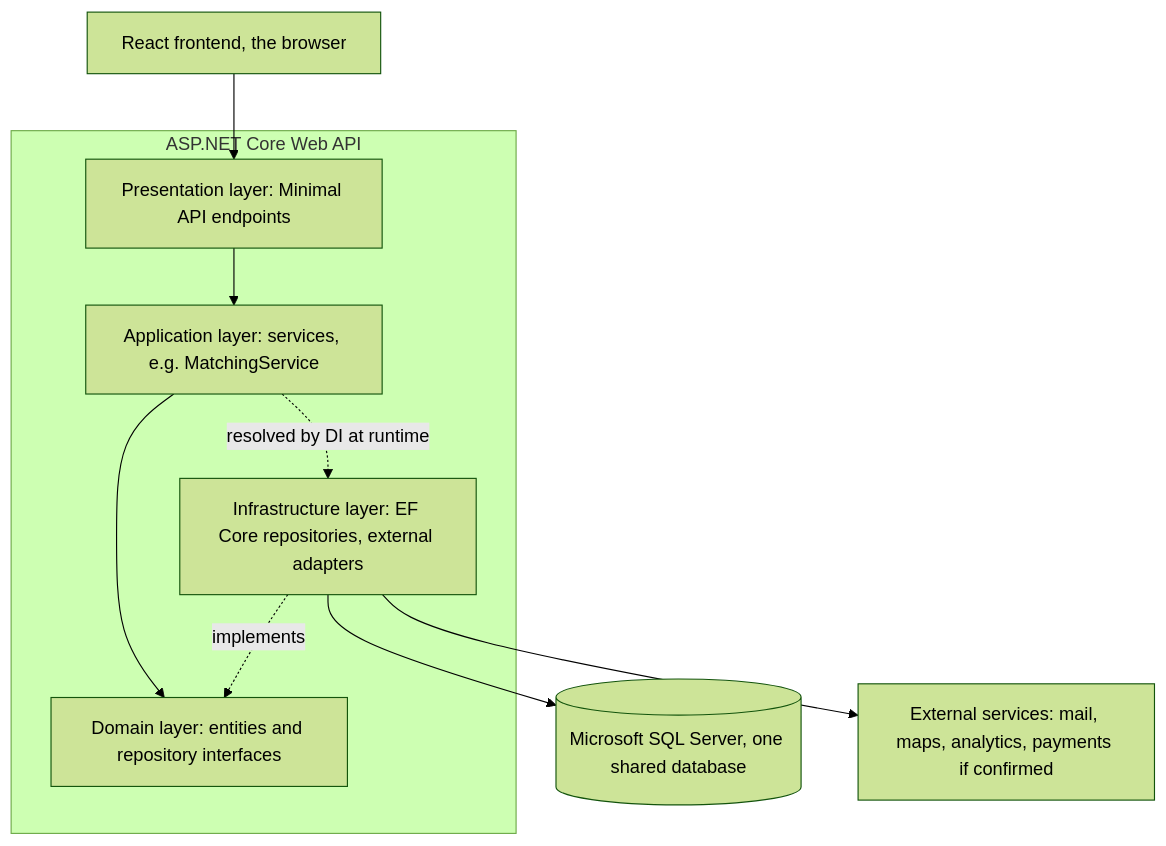
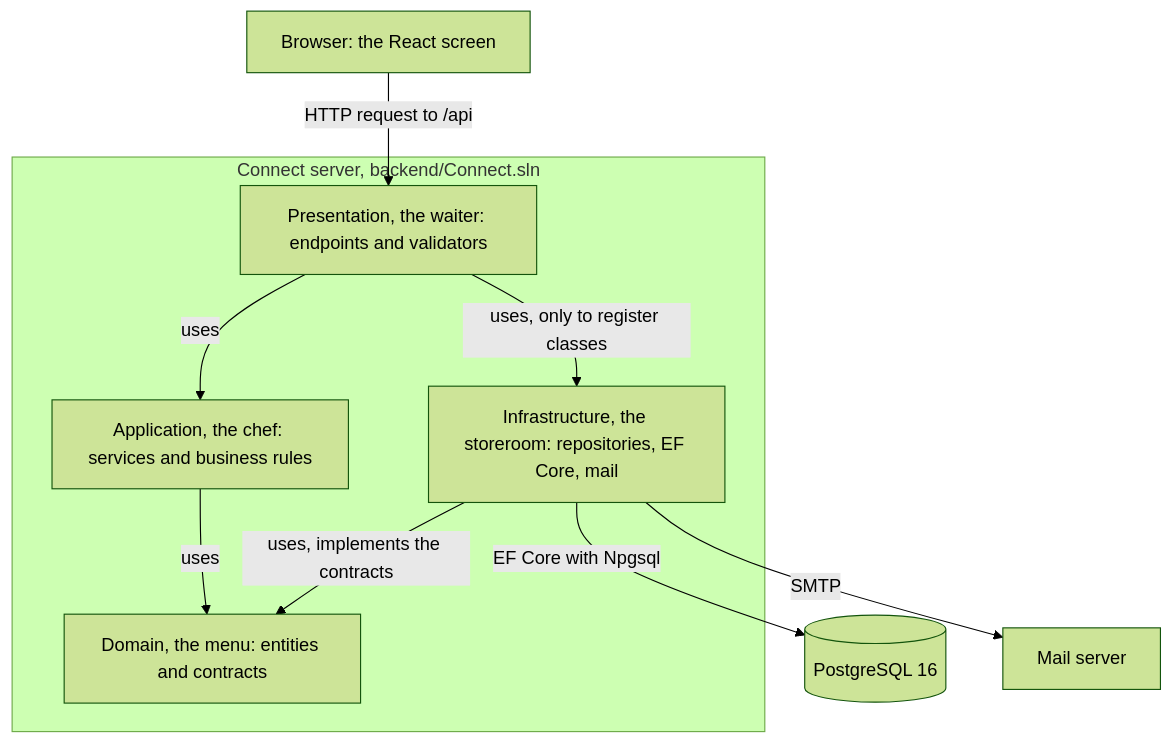
The first of 3 diagrams in docs/architecture/architecture.md (guruITA/connect-nine), drawn with Mermaid (forest theme) before and after one commit. The commit also changed other lines of this file and 21 other files, not shown here.

````diff
--- a/docs/architecture/architecture.md
+++ b/docs/architecture/architecture.md
@@ -86,12 +141,16 @@
 ```mermaid
 flowchart TB
-    Browser["React frontend, the browser"] --> Endpoints["Presentation layer: Minimal API endpoints"]
-    subgraph Backend["ASP.NET Core Web API"]
-        Endpoints --> AppServices["Application layer: services, e.g. MatchingService"]
-        AppServices --> DomainL["Domain layer: entities and repository interfaces"]
-        AppServices -.->|"resolved by DI at runtime"| Infra["Infrastructure layer: EF Core repositories, external adapters"]
-        Infra -.->|"implements"| DomainL
+    Browser["Browser: the React screen"] -->|"HTTP request to /api"| P
+    subgraph Server["Connect server, backend/Connect.sln"]
+        P["Presentation, the waiter: endpoints and validators"]
+        A["Application, the chef: services and business rules"]
+        D["Domain, the menu: entities and contracts"]
+        I["Infrastructure, the storeroom: repositories, EF Core, mail"]
+        P -->|"uses"| A
+        P -->|"uses, only to register classes"| I
+        A -->|"uses"| D
+        I -->|"uses, implements the contracts"| D
     end
-    Infra --> DB[("Microsoft SQL Server, one shared database")]
-    Infra --> Ext["External services: mail, maps, analytics, payments if confirmed"]
+    I -->|"EF Core with Npgsql"| DB[("PostgreSQL 16")]
+    I -->|"SMTP"| Mail["Mail server"]
 ```
````
